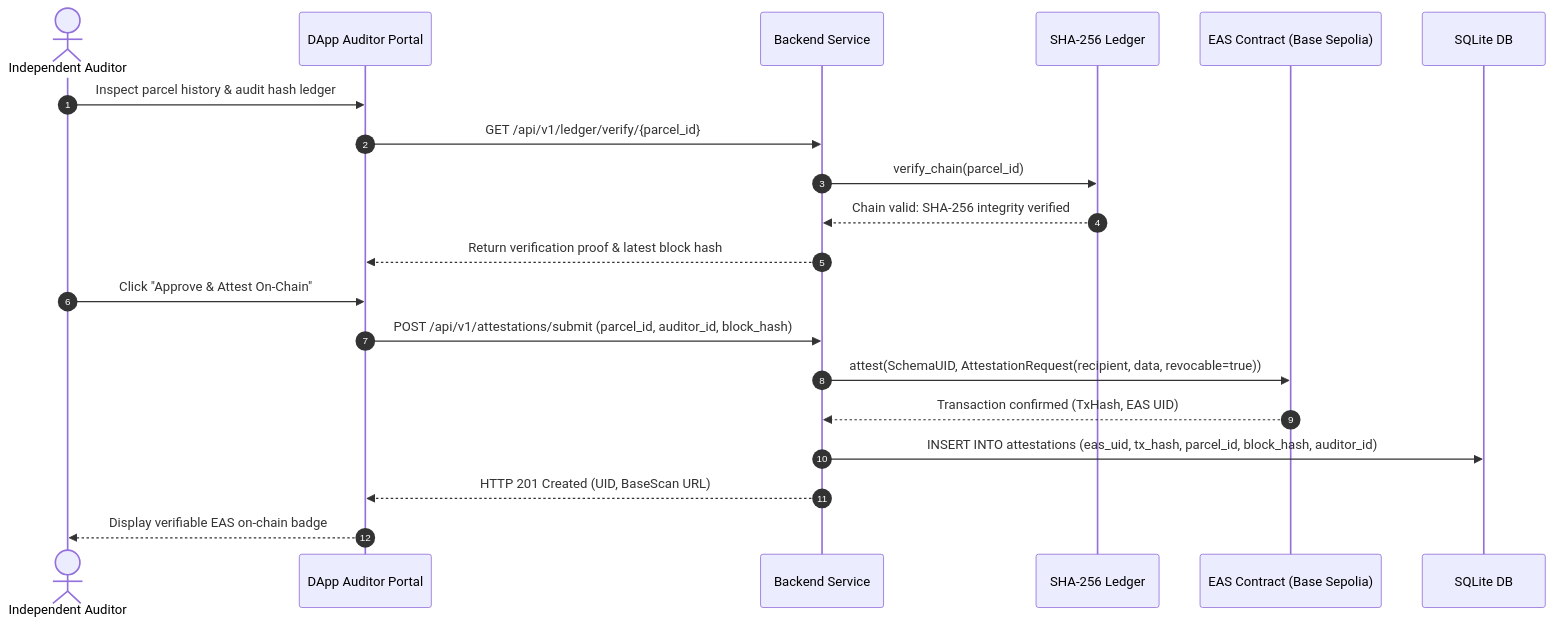
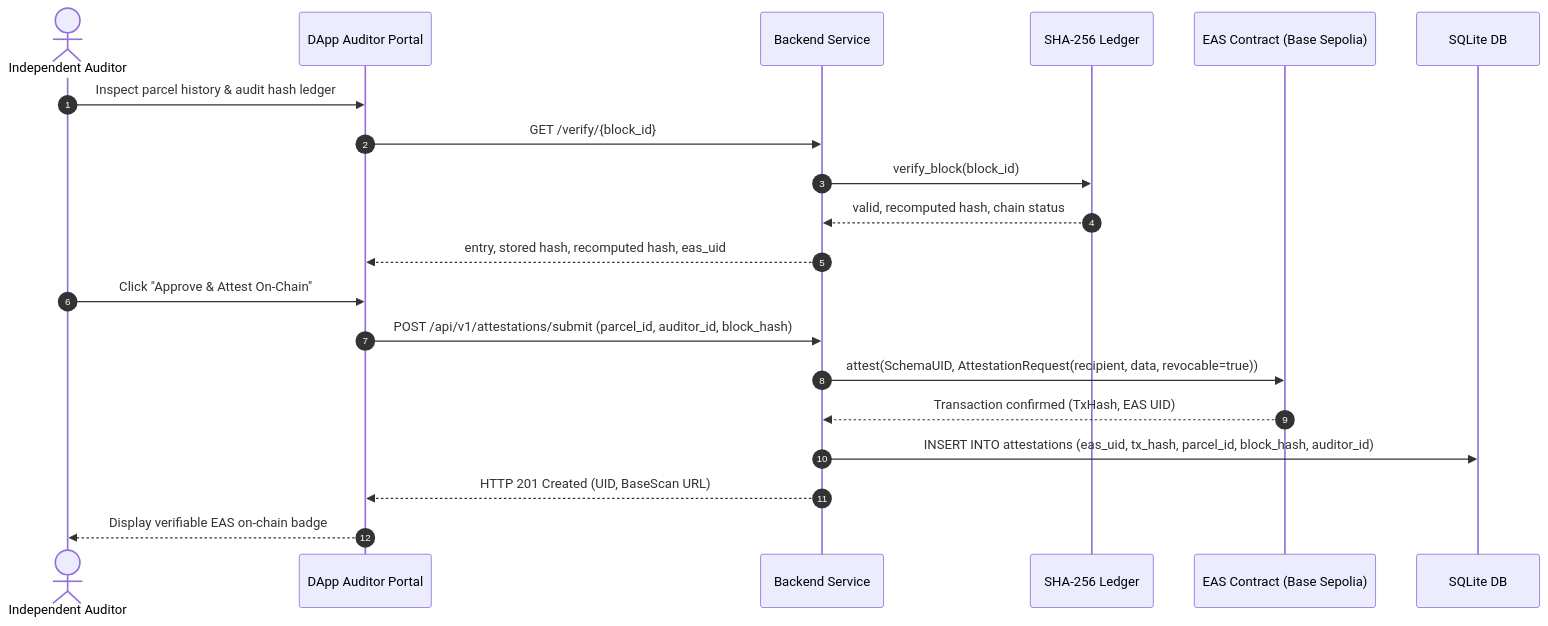
The third of 3 diagrams in docs/models/SEQUENCE_DIAGRAM.md (lilymilo/excboncp), drawn with Mermaid before and after one commit. The commit also changed 20 other files, not shown here.

Commit message:
feat(ledger): add SHA-256 hash chain and public verification endpoint

````diff
--- a/docs/models/SEQUENCE_DIAGRAM.md
+++ b/docs/models/SEQUENCE_DIAGRAM.md
@@ -61,23 +61,23 @@
 ```mermaid
 sequenceDiagram
     autonumber
     actor Auditor as Independent Auditor
     participant DApp as DApp Auditor Portal
     participant API as Backend Service
     participant Ledger as SHA-256 Ledger
     participant EAS as EAS Contract (Base Sepolia)
     participant DB as SQLite DB
 
     Auditor->>DApp: Inspect parcel history & audit hash ledger
-    DApp->>API: GET /api/v1/ledger/verify/{parcel_id}
-    API->>Ledger: verify_chain(parcel_id)
-    Ledger-->>API: Chain valid: SHA-256 integrity verified
-    API-->>DApp: Return verification proof & latest block hash
+    DApp->>API: GET /verify/{block_id}
+    API->>Ledger: verify_block(block_id)
+    Ledger-->>API: valid, recomputed hash, chain status
+    API-->>DApp: entry, stored hash, recomputed hash, eas_uid
     Auditor->>DApp: Click "Approve & Attest On-Chain"
     DApp->>API: POST /api/v1/attestations/submit (parcel_id, auditor_id, block_hash)
     API->>EAS: attest(SchemaUID, AttestationRequest(recipient, data, revocable=true))
     EAS-->>API: Transaction confirmed (TxHash, EAS UID)
     API->>DB: INSERT INTO attestations (eas_uid, tx_hash, parcel_id, block_hash, auditor_id)
     API-->>DApp: HTTP 201 Created (UID, BaseScan URL)
     DApp-->>Auditor: Display verifiable EAS on-chain badge
 ```
````
